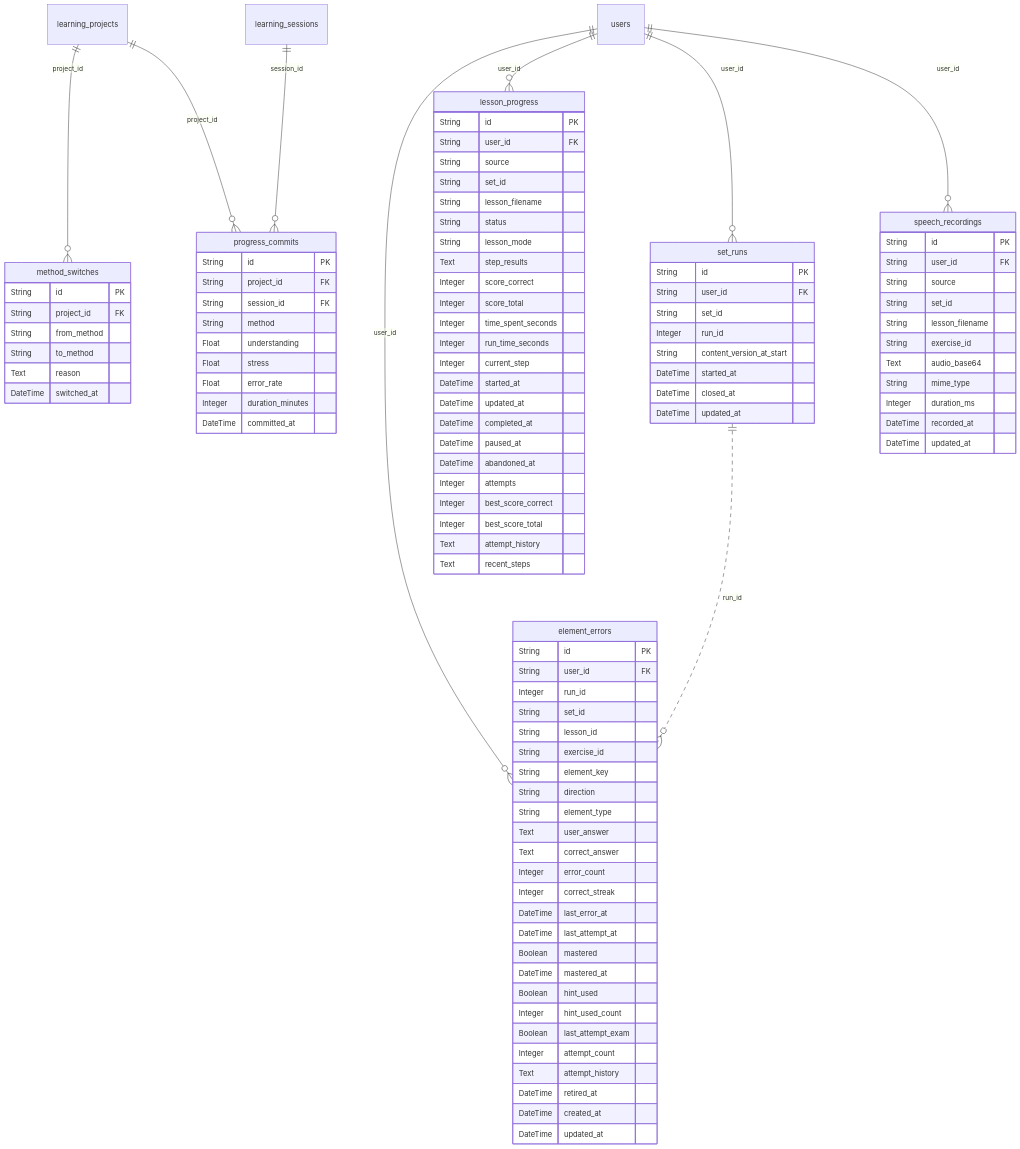
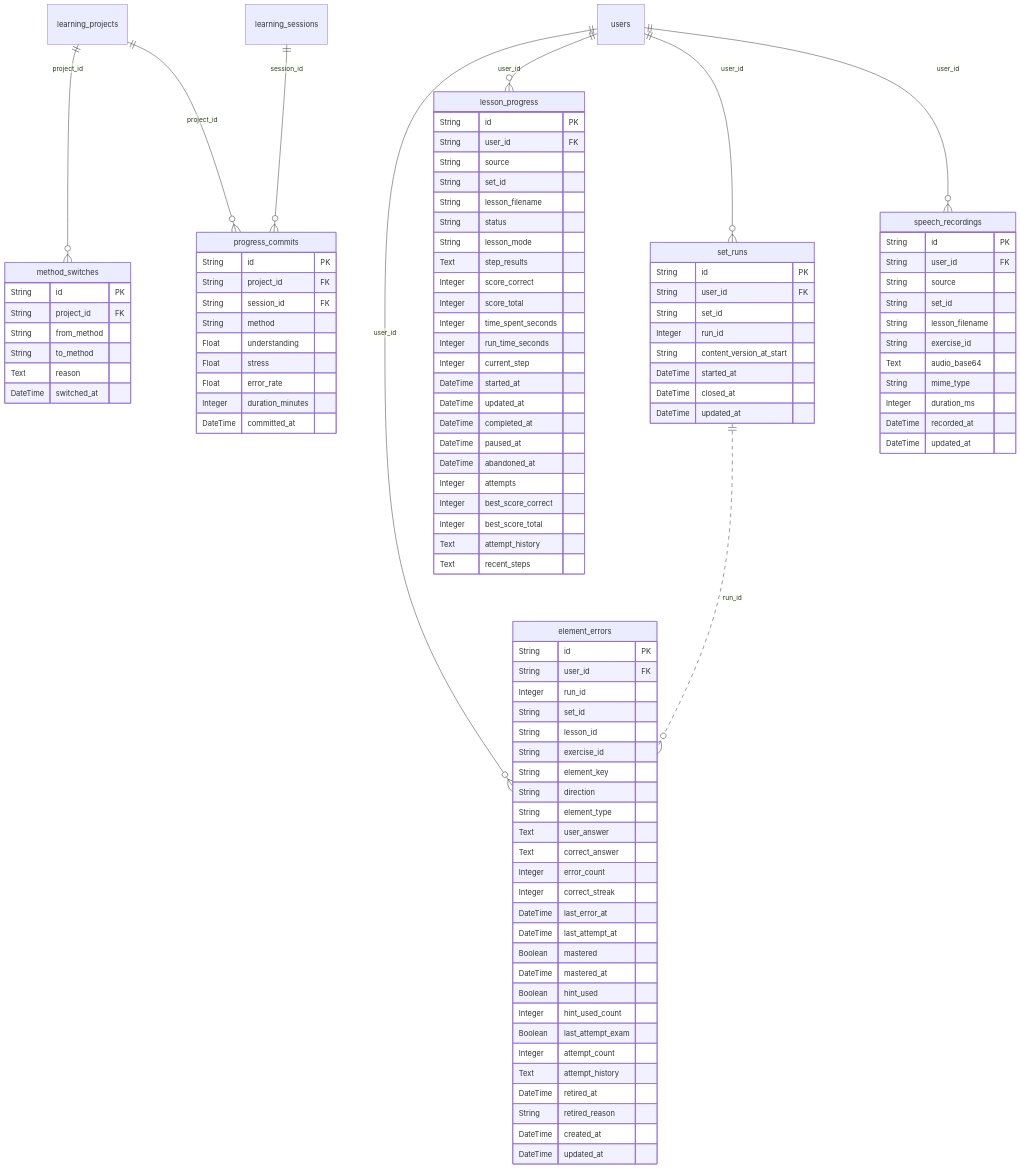
The seventh of 16 diagrams in docs/help/en/developer/data-model.md (astrapi69/adaptive-learner), drawn with Mermaid before and after one commit. The commit also changed other lines of this file and 41 other files, not shown here.

```diff
--- a/docs/help/en/developer/data-model.md
+++ b/docs/help/en/developer/data-model.md
@@ -588,6 +588,7 @@
         Integer attempt_count
         Text attempt_history
         DateTime retired_at
+        String retired_reason
         DateTime created_at
         DateTime updated_at
     }
```
